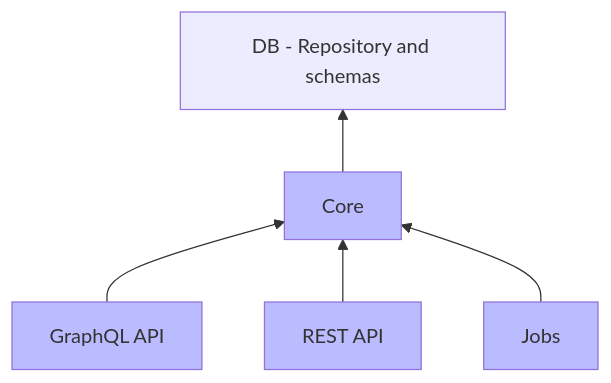
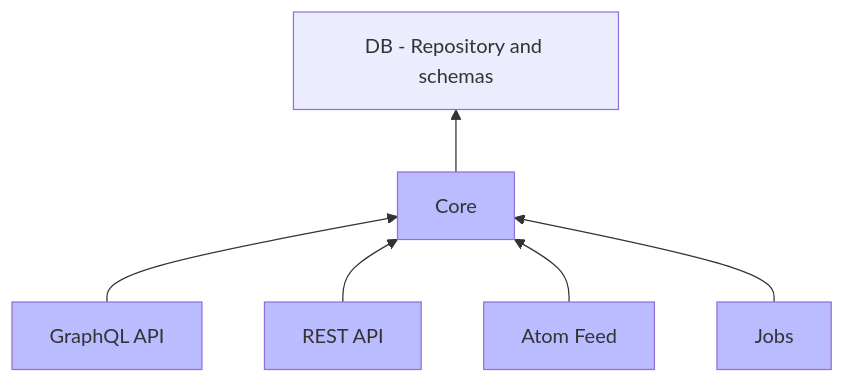
One commit to CaptainFact/captain-fact-api changed the second of 2 diagrams in README.md. Above: the diagram before and after it, drawn with Mermaid. The commit also changed other lines of this file and 14 other files, not shown here.

````diff
--- a/README.md
+++ b/README.md
@@ -37,12 +49,14 @@
 ```mermaid
 graph BT;
     Core --> DB[DB - Repository and schemas];
     GraphQL[GraphQL API] --> Core;
     REST_API[REST API] --> Core;
+    ATOM[Atom Feed] --> Core;
     Jobs --> Core;
     
     style GraphQL fill:#BBF;
     style REST_API fill:#BBF;
     style Jobs fill:#BBF;
+    style ATOM fill:#BBF;
     style Core fill:#BBF;
 ```
````
